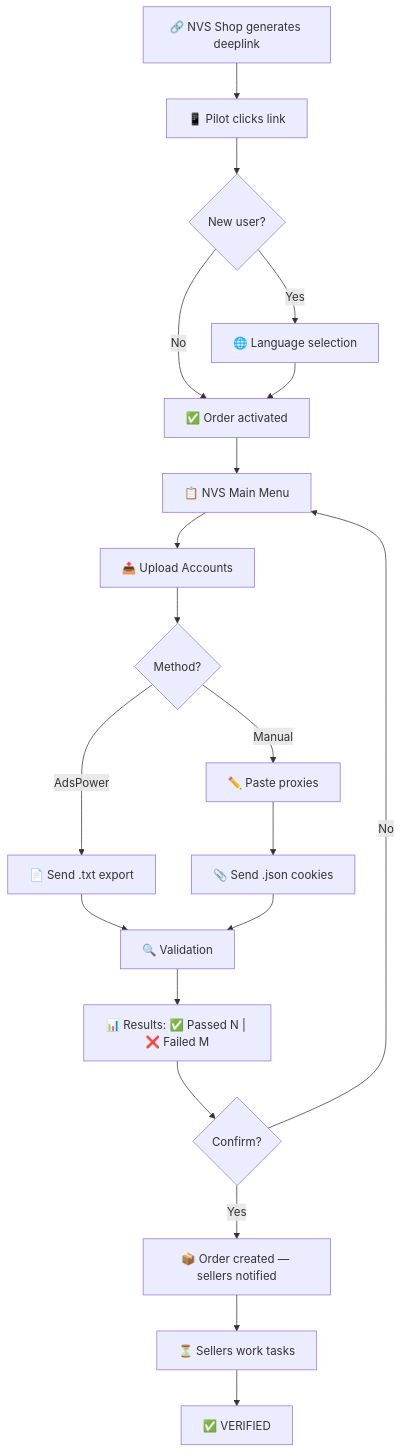
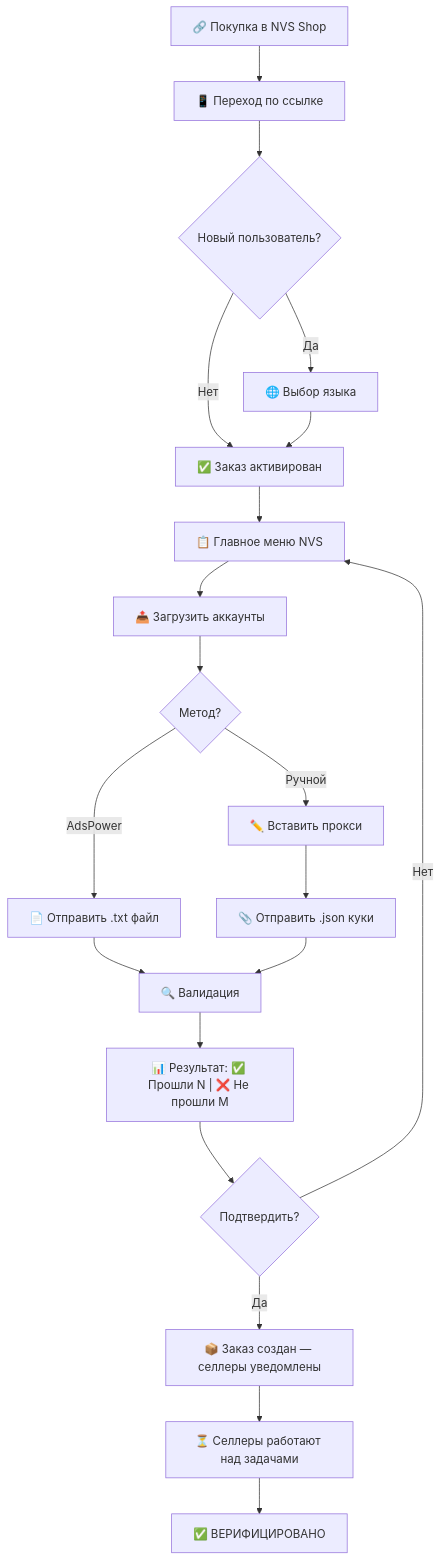
The second of 8 diagrams in src/content/docs/pilot-faq.md (AutoPilotSoftware/docs), drawn with Mermaid before and after one commit. The commit also changed other lines of this file and 2 other files, not shown here.

First line of the commit message:
Simplify and localize all pilot-faq diagrams across RU/EN/UA

````diff
--- a/src/content/docs/pilot-faq.md
+++ b/src/content/docs/pilot-faq.md
@@ -103,26 +99,26 @@
 ```mermaid
 flowchart TD
-    A["🔗 NVS Shop generates deeplink"] --> B["📱 Pilot clicks link"]
-    B --> C{"New user?"}
-    C -->|Yes| D["🌐 Language selection"]
-    C -->|No| E["✅ Order activated"]
+    A["🔗 Покупка в NVS Shop"] --> B["📱 Переход по ссылке"]
+    B --> C{"Новый пользователь?"}
+    C -->|Да| D["🌐 Выбор языка"]
+    C -->|Нет| E["✅ Заказ активирован"]
     D --> E
 
-    E --> F["📋 NVS Main Menu"]
-    F --> G["📤 Upload Accounts"]
-    G --> L{"Method?"}
+    E --> F["📋 Главное меню NVS"]
+    F --> G["📤 Загрузить аккаунты"]
+    G --> L{"Метод?"}
 
-    L -->|AdsPower| M["📄 Send .txt export"]
-    L -->|Manual| N["✏️ Paste proxies"]
-    N --> O["📎 Send .json cookies"]
+    L -->|AdsPower| M["📄 Отправить .txt файл"]
+    L -->|Ручной| N["✏️ Вставить прокси"]
+    N --> O["📎 Отправить .json куки"]
 
-    M --> P["🔍 Validation"]
+    M --> P["🔍 Валидация"]
     O --> P
 
-    P --> Q["📊 Results: ✅ Passed N | ❌ Failed M"]
-    Q --> R{"Confirm?"}
-    R -->|Yes| S["📦 Order created — sellers notified"]
-    R -->|No| F
-    S --> T["⏳ Sellers work tasks"]
-    T --> U["✅ VERIFIED"]
+    P --> Q["📊 Результат: ✅ Прошли N | ❌ Не прошли M"]
+    Q --> R{"Подтвердить?"}
+    R -->|Да| S["📦 Заказ создан — селлеры уведомлены"]
+    R -->|Нет| F
+    S --> T["⏳ Селлеры работают над задачами"]
+    T --> U["✅ ВЕРИФИЦИРОВАНО"]
 ```
````
